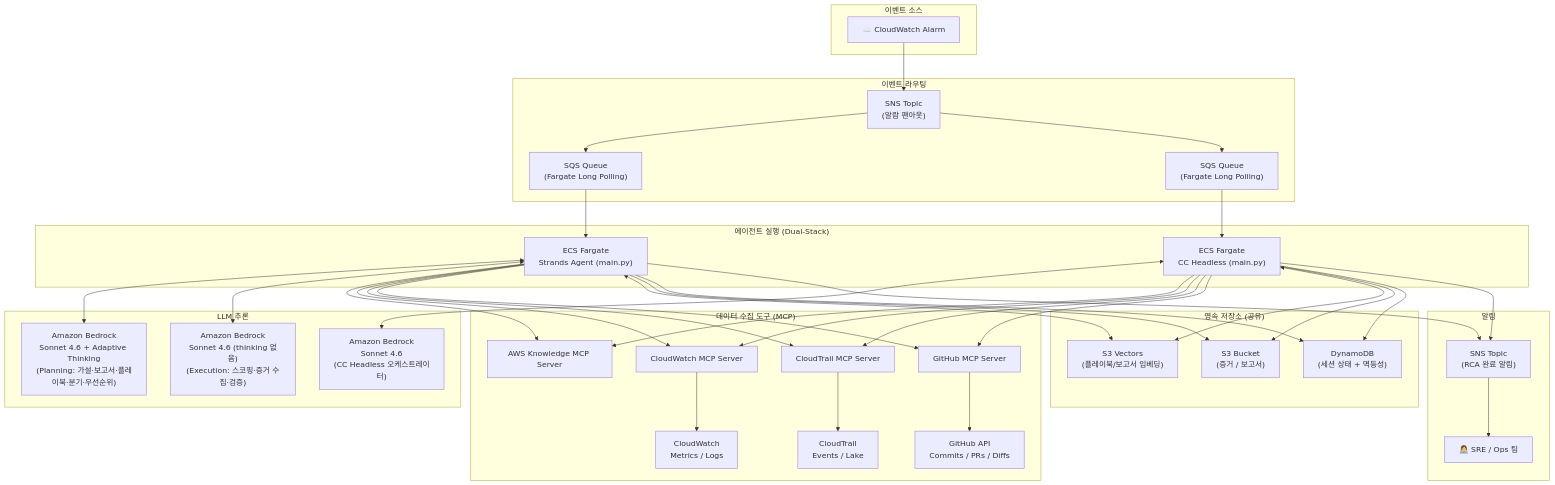
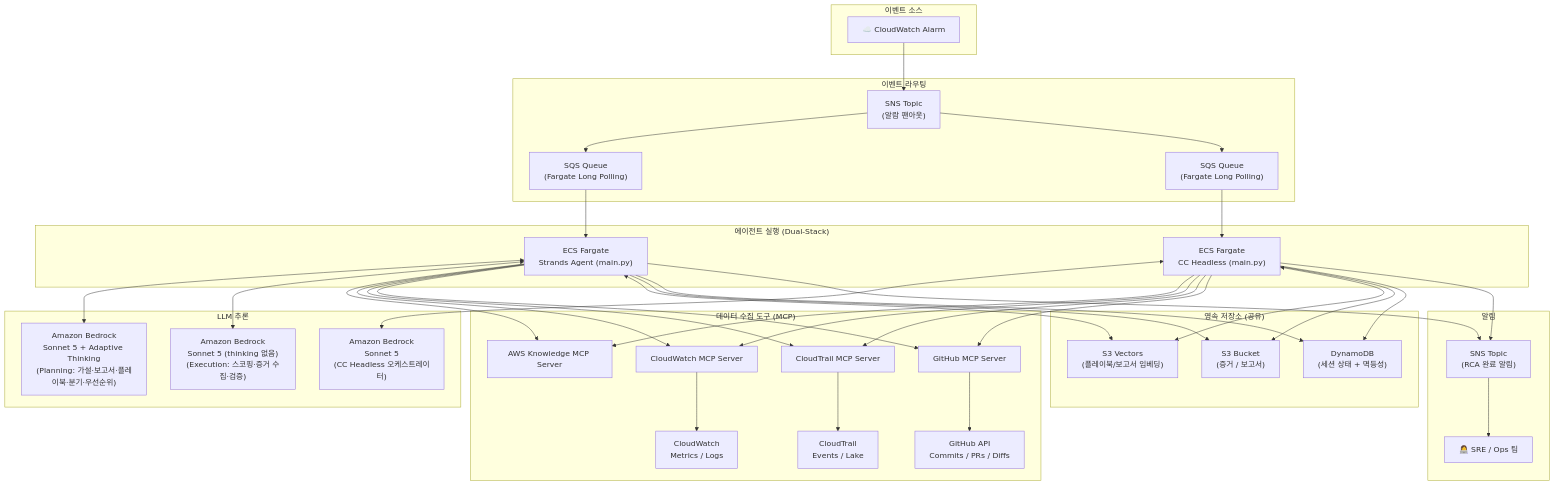
The first of 3 diagrams in docs/architecture.md (haandol/rca-agent), drawn with Mermaid before and after one commit. The commit also changed other lines of this file and 9 other files, not shown here.

````diff
--- a/docs/architecture.md
+++ b/docs/architecture.md
@@ -22,71 +22,71 @@
 ```mermaid
 graph TB
     subgraph EventSource["이벤트 소스"]
         CW_ALARM["☁️ CloudWatch Alarm"]
     end
 
     subgraph Messaging["이벤트 라우팅"]
         SNS_IN["SNS Topic<br/>(알람 팬아웃)"]
         SQS_FARGATE["SQS Queue<br/>(Fargate Long Polling)"]
         SQS_CC["SQS Queue<br/>(Fargate Long Polling)"]
     end
 
     subgraph Compute["에이전트 실행 (Dual-Stack)"]
         ECS["ECS Fargate<br/>Strands Agent (main.py)"]
         ECS_CC["ECS Fargate<br/>CC Headless (main.py)"]
     end
 
     subgraph LLM["LLM 추론"]
-        BEDROCK_PLAN["Amazon Bedrock<br/>Sonnet 4.6 + Adaptive Thinking<br/>(Planning: 가설·보고서·플레이북·분기·우선순위)"]
-        BEDROCK_EXEC["Amazon Bedrock<br/>Sonnet 4.6 (thinking 없음)<br/>(Execution: 스코핑·증거 수집·검증)"]
-        BEDROCK_CC["Amazon Bedrock<br/>Sonnet 4.6<br/>(CC Headless 오케스트레이터)"]
+        BEDROCK_PLAN["Amazon Bedrock<br/>Sonnet 5 + Adaptive Thinking<br/>(Planning: 가설·보고서·플레이북·분기·우선순위)"]
+        BEDROCK_EXEC["Amazon Bedrock<br/>Sonnet 5 (thinking 없음)<br/>(Execution: 스코핑·증거 수집·검증)"]
+        BEDROCK_CC["Amazon Bedrock<br/>Sonnet 5<br/>(CC Headless 오케스트레이터)"]
     end
 
     subgraph DataTools["데이터 수집 도구 (MCP)"]
         AK_MCP["AWS Knowledge MCP Server"]
         CW_MCP["CloudWatch MCP Server"]
         CT_MCP["CloudTrail MCP Server"]
         GH_MCP["GitHub MCP Server"]
         CW_API["CloudWatch<br/>Metrics / Logs"]
         CT_API["CloudTrail<br/>Events / Lake"]
         GH_API["GitHub API<br/>Commits / PRs / Diffs"]
     end
 
     subgraph Storage["영속 저장소 (공유)"]
         S3_VECTORS["S3 Vectors<br/>(플레이북/보고서 임베딩)"]
         S3["S3 Bucket<br/>(증거 / 보고서)"]
         DDB["DynamoDB<br/>(세션 상태 + 멱등성)"]
     end
 
     subgraph Notification["알림"]
         SNS_OUT["SNS Topic<br/>(RCA 완료 알림)"]
         SRE["👩‍💻 SRE / Ops 팀"]
     end
 
     CW_ALARM --> SNS_IN
     SNS_IN --> SQS_FARGATE --> ECS
     SNS_IN --> SQS_CC --> ECS_CC
     ECS <--> BEDROCK_PLAN
     ECS <--> BEDROCK_EXEC
     ECS_CC <--> BEDROCK_CC
     ECS --> AK_MCP
     ECS --> CW_MCP
     ECS --> CT_MCP
     ECS --> GH_MCP
     ECS_CC --> AK_MCP
     ECS_CC --> CW_MCP
     ECS_CC --> CT_MCP
     ECS_CC --> GH_MCP
     CW_MCP --> CW_API
     CT_MCP --> CT_API
     GH_MCP --> GH_API
     ECS <--> S3_VECTORS
     ECS --> S3
     ECS --> DDB
     ECS_CC <--> S3_VECTORS
     ECS_CC --> S3
     ECS_CC --> DDB
     ECS --> SNS_OUT
     ECS_CC --> SNS_OUT
     SNS_OUT --> SRE
 ```
````
